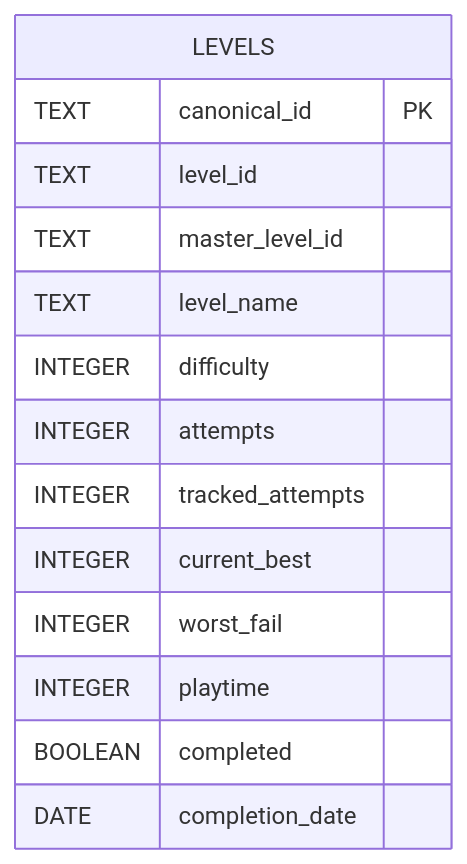
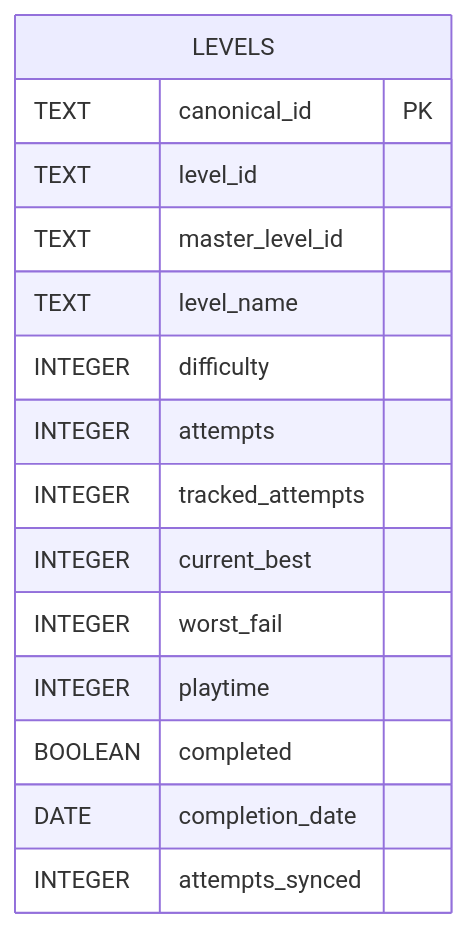
One commit to LeviTemoteo/gd-Pipeline changed the diagram in docs/database.md. Above: the diagram before and after it, drawn with Mermaid. The commit also changed other lines of this file, not shown here.

Commit message:
Add attempts_synced column to database documentation
Add 'attempts_synced' column to the database schema with constraints.

````diff
--- a/docs/database.md
+++ b/docs/database.md
@@ -9,31 +9,33 @@
 ```mermaid
 erDiagram
 
 LEVELS {
 
 TEXT canonical_id PK
 
 TEXT level_id
 
 TEXT master_level_id
 
 TEXT level_name
 
 INTEGER difficulty
 
 INTEGER attempts
 
 INTEGER tracked_attempts
 
 INTEGER current_best
 
 INTEGER worst_fail
 
 INTEGER playtime
 
 BOOLEAN completed
 
 DATE completion_date
 
+INTEGER attempts_synced
+
 }
 ```
````
